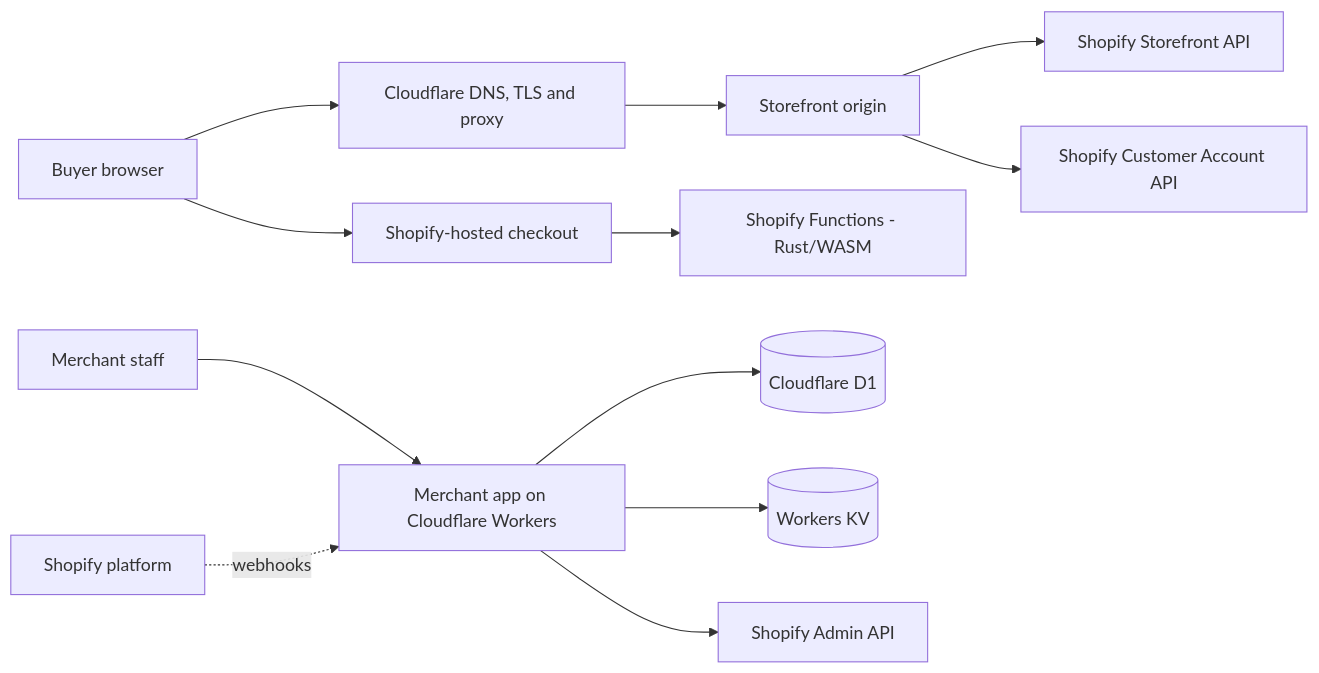
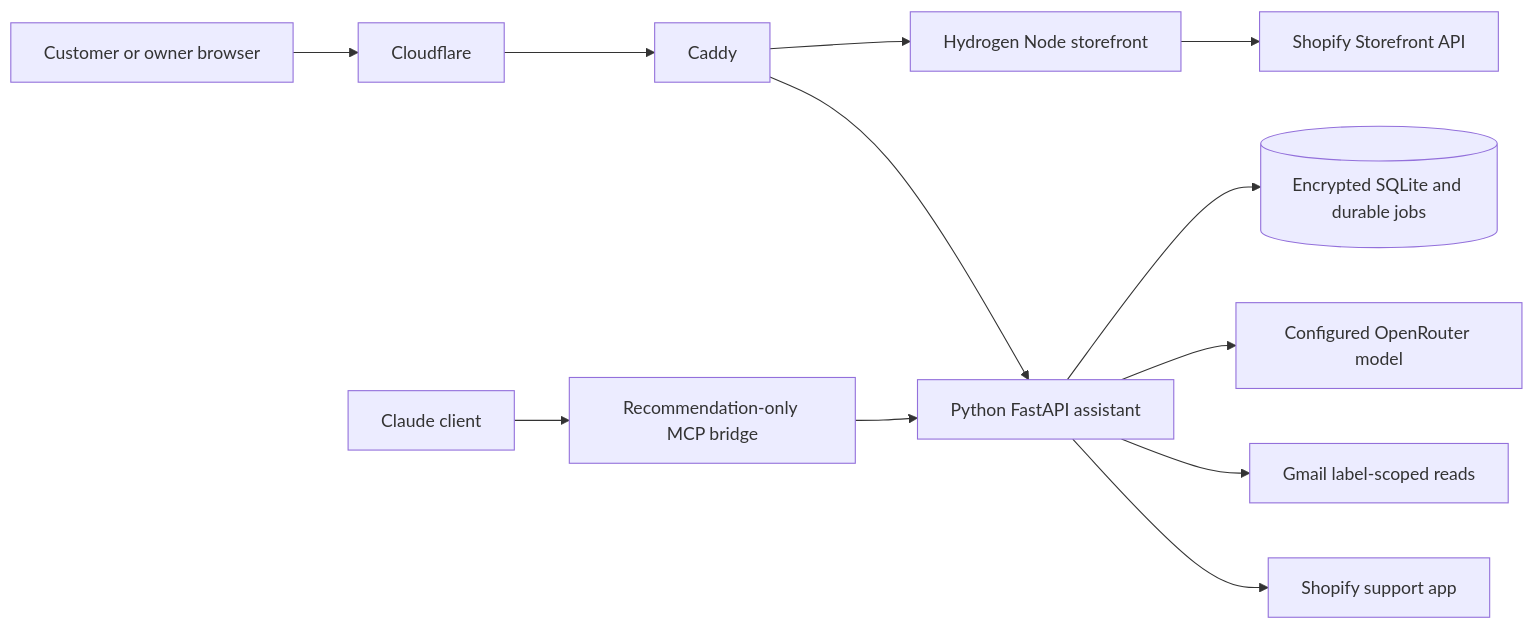
One commit to Zahidulislam2222/regenai changed the diagram in docs/ARCHITECTURE.md. Above: the diagram before and after it, drawn with Mermaid. The commit also changed other lines of this file and 47 other files, not shown here.

Commit message:
Publish storefront and support assistant with operational documentation

````diff
--- a/docs/ARCHITECTURE.md
+++ b/docs/ARCHITECTURE.md
@@ -16,14 +7,14 @@
 ```mermaid
 flowchart LR
-  Buyer[Buyer browser] --> Edge[Cloudflare DNS, TLS and proxy]
-  Edge --> Origin[Storefront origin]
-  Origin --> SFAPI[Shopify Storefront API]
-  Origin --> CAAPI[Shopify Customer Account API]
-  Buyer --> Checkout[Shopify-hosted checkout]
-  Checkout --> Functions[Shopify Functions - Rust/WASM]
-  Merchant[Merchant staff] --> App[Merchant app on Cloudflare Workers]
-  App --> D1[(Cloudflare D1)]
-  App --> KV[(Workers KV)]
-  App --> Admin[Shopify Admin API]
-  Shopify[Shopify platform] -. webhooks .-> App
+  Browser[Customer or owner browser] --> Edge[Cloudflare]
+  Edge --> Router[Caddy]
+  Router --> Web[Hydrogen Node storefront]
+  Router --> Support[Python FastAPI assistant]
+  Web --> Catalog[Shopify Storefront API]
+  Support --> DB[(Encrypted SQLite and durable jobs)]
+  Support --> AI[Configured OpenRouter model]
+  Support --> Inbox[Gmail label-scoped reads]
+  Support --> Orders[Shopify support app]
+  Claude[Claude client] --> Bridge[Recommendation-only MCP bridge]
+  Bridge --> Support
 ```
````
